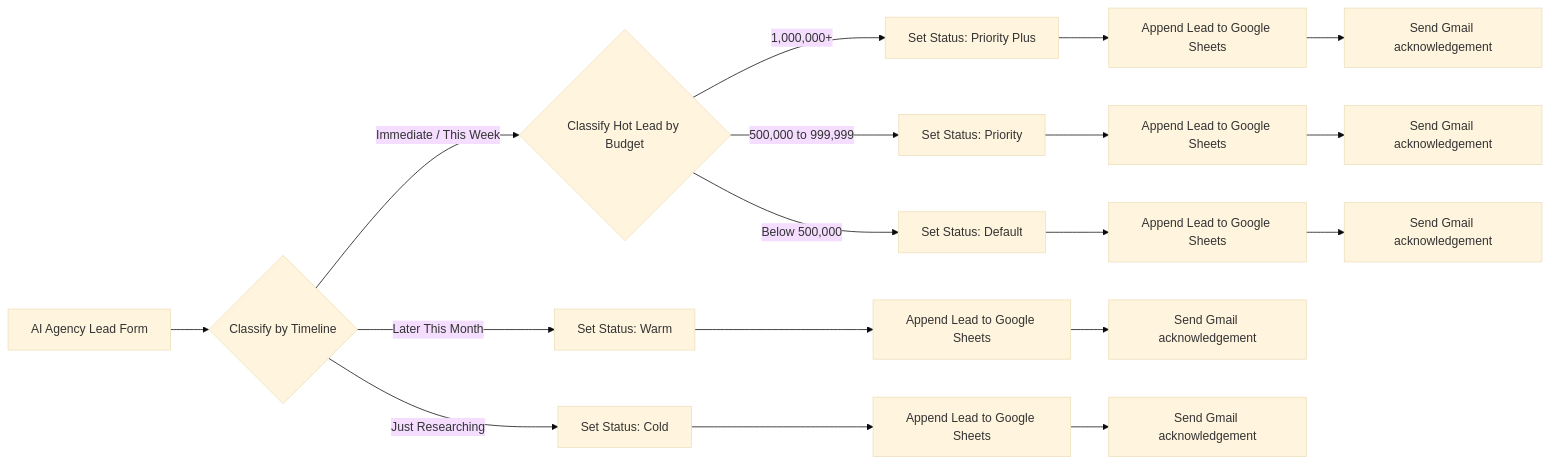
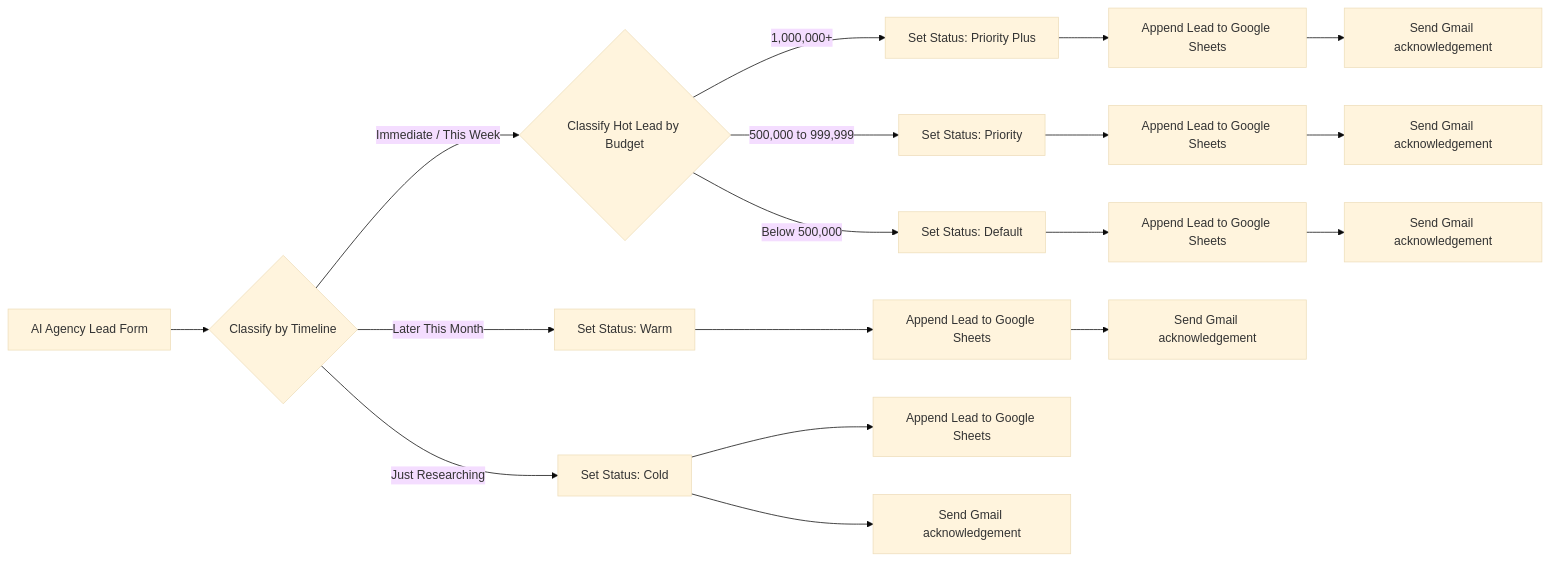
One commit to Dudubynatur3/ai-automation-portfolio changed the diagram in 01-ai-agency-lead-qualification/README.md. Above: the diagram before and after it, drawn with Mermaid (base theme). The commit also changed other lines of this file, not shown here.

````diff
--- a/01-ai-agency-lead-qualification/README.md
+++ b/01-ai-agency-lead-qualification/README.md
@@ -15,23 +15,23 @@
 ```mermaid
 flowchart LR
     A[AI Agency Lead Form] --> B{Classify by Timeline}
     B -->|Immediate / This Week| C{Classify Hot Lead by Budget}
     B -->|Later This Month| W[Set Status: Warm]
     B -->|Just Researching| X[Set Status: Cold]
 
     C -->|1,000,000+| P1[Set Status: Priority Plus]
     C -->|500,000 to 999,999| P2[Set Status: Priority]
     C -->|Below 500,000| P3[Set Status: Default]
 
     P1 --> S1[Append Lead to Google Sheets]
     P2 --> S2[Append Lead to Google Sheets]
     P3 --> S3[Append Lead to Google Sheets]
     W --> S4[Append Lead to Google Sheets]
     X --> S5[Append Lead to Google Sheets]
 
     S1 --> E1[Send Gmail acknowledgement]
     S2 --> E2[Send Gmail acknowledgement]
     S3 --> E3[Send Gmail acknowledgement]
     S4 --> E4[Send Gmail acknowledgement]
-    S5 --> E5[Send Gmail acknowledgement]
+    X --> E5[Send Gmail acknowledgement]
 ```
````
